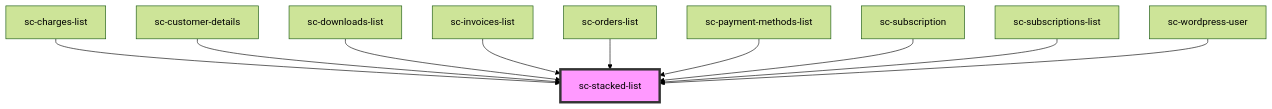
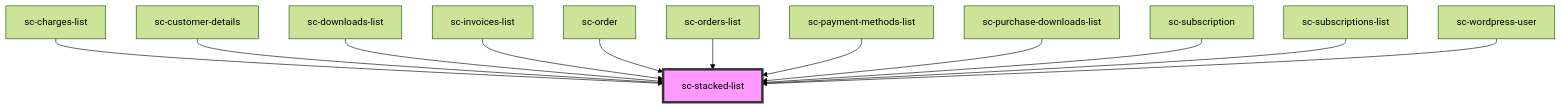
Before and after one commit to surecart/surecart-wp-plugin: the diagram in packages/components/src/components/ui/stacked-list/readme.md, drawn with Mermaid (forest theme). The commit also changed other lines of this file and 68 other files, not shown here.

````diff
--- a/packages/components/src/components/ui/stacked-list/readme.md
+++ b/packages/components/src/components/ui/stacked-list/readme.md
@@ -23,13 +25,15 @@
 ```mermaid
 graph TD;
   sc-charges-list --> sc-stacked-list
   sc-customer-details --> sc-stacked-list
   sc-downloads-list --> sc-stacked-list
   sc-invoices-list --> sc-stacked-list
+  sc-order --> sc-stacked-list
   sc-orders-list --> sc-stacked-list
   sc-payment-methods-list --> sc-stacked-list
+  sc-purchase-downloads-list --> sc-stacked-list
   sc-subscription --> sc-stacked-list
   sc-subscriptions-list --> sc-stacked-list
   sc-wordpress-user --> sc-stacked-list
   style sc-stacked-list fill:#f9f,stroke:#333,stroke-width:4px
 ```
````
